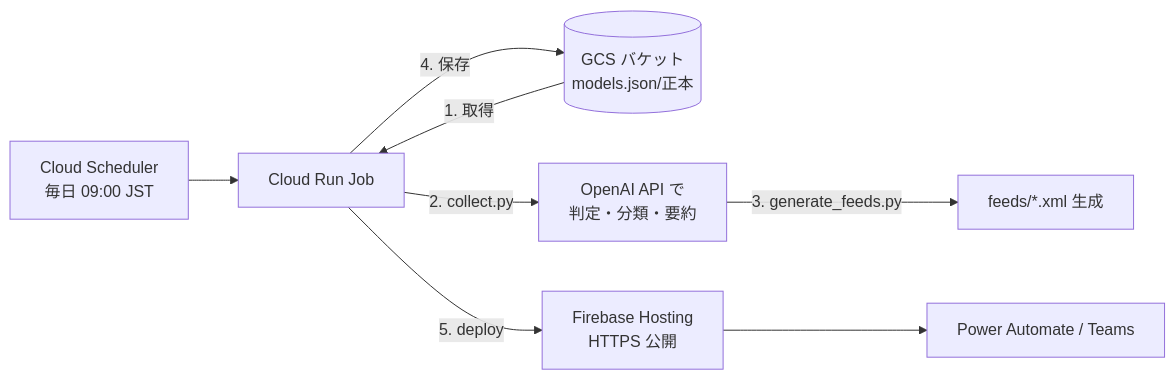
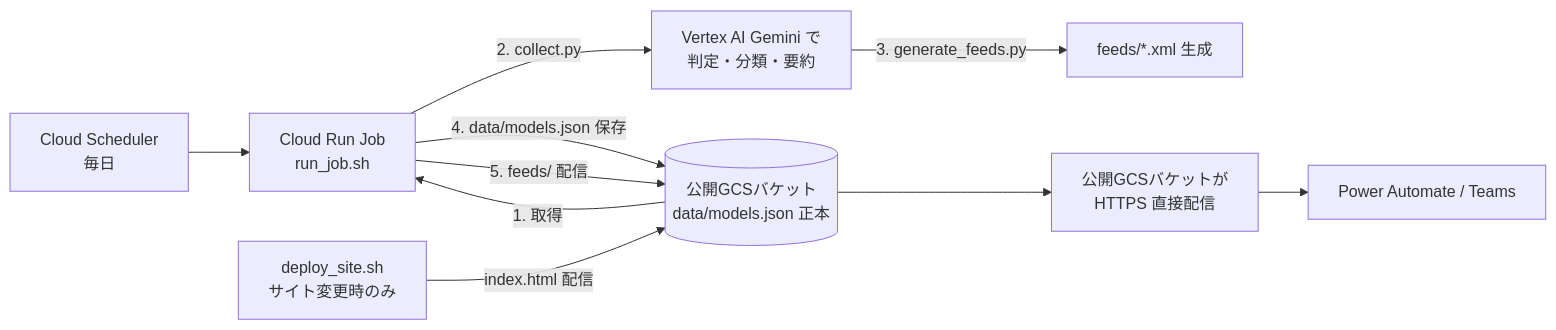
The diagram in README.md (rararapi/llm-watch-feed), drawn with Mermaid before and after one commit. The commit also changed other lines of this file and 5 other files, not shown here.

First line of the commit message:
docs: align README/specs/guide with public-GCS delivery and Vertex AI

````diff
--- a/README.md
+++ b/README.md
@@ -23,10 +26,12 @@
 ```mermaid
 flowchart LR
-    S[Cloud Scheduler<br/>毎日 09:00 JST] --> J[Cloud Run Job]
-    G[(GCS バケット<br/>models.json/正本)] -->|1. 取得| J
-    J -->|2. collect.py| K[OpenAI API で<br/>判定・分類・要約]
+    S[Cloud Scheduler<br/>毎日] --> J[Cloud Run Job<br/>run_job.sh]
+    B[(公開GCSバケット<br/>data/models.json 正本)] -->|1. 取得| J
+    J -->|2. collect.py| K[Vertex AI Gemini で<br/>判定・分類・要約]
     K -->|3. generate_feeds.py| F[feeds/*.xml 生成]
-    J -->|4. 保存| G
-    J -->|5. deploy| H[Firebase Hosting<br/>HTTPS 公開]
-    H --> P[Power Automate / Teams]
+    J -->|4. data/models.json 保存| B
+    J -->|5. feeds/ 配信| B
+    B --> W[公開GCSバケットが<br/>HTTPS 直接配信]
+    D[deploy_site.sh<br/>サイト変更時のみ] -->|index.html 配信| B
+    W --> P[Power Automate / Teams]
 ```
````
